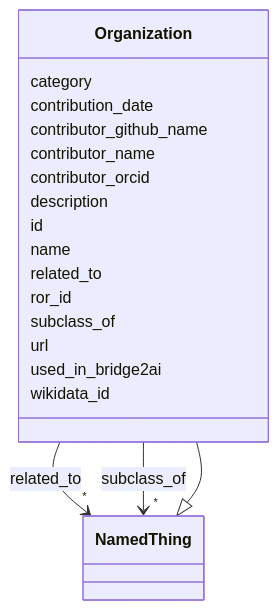
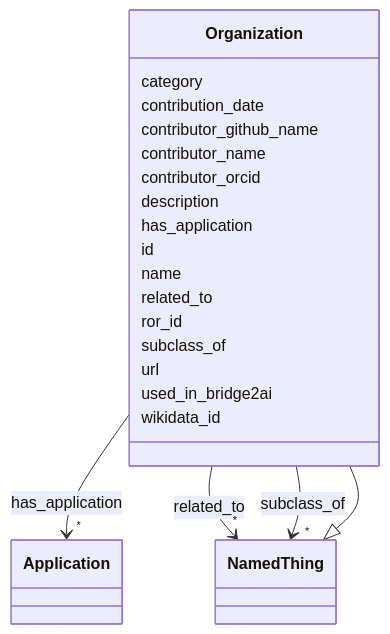
Before and after one commit to bridge2ai/standards-schemas: the diagram in docs/Organization.md, drawn with Mermaid. The commit also changed other lines of this file and 54 other files, not shown here.

Commit message:
Update schema artifacts

````diff
--- a/docs/Organization.md
+++ b/docs/Organization.md
@@ -18,55 +18,66 @@
 ```mermaid
  classDiagram
     class Organization
     click Organization href "../Organization/"
       NamedThing <|-- Organization
         click NamedThing href "../NamedThing/"
       
       Organization : category
         
       Organization : contribution_date
         
       Organization : contributor_github_name
         
       Organization : contributor_name
         
       Organization : contributor_orcid
         
       Organization : description
+        
+      Organization : has_application
+        
+          
+    
+        
+        
+        Organization --> "*" Application : has_application
+        click Application href "../Application/"
+    
+
         
       Organization : id
         
       Organization : name
         
       Organization : related_to
         
           
     
         
         
         Organization --> "*" NamedThing : related_to
         click NamedThing href "../NamedThing/"
     
 
         
       Organization : ror_id
         
       Organization : subclass_of
         
           
     
         
         
         Organization --> "*" NamedThing : subclass_of
         click NamedThing href "../NamedThing/"
     
 
         
       Organization : url
         
       Organization : used_in_bridge2ai
         
       Organization : wikidata_id
         
       
 ```
````
